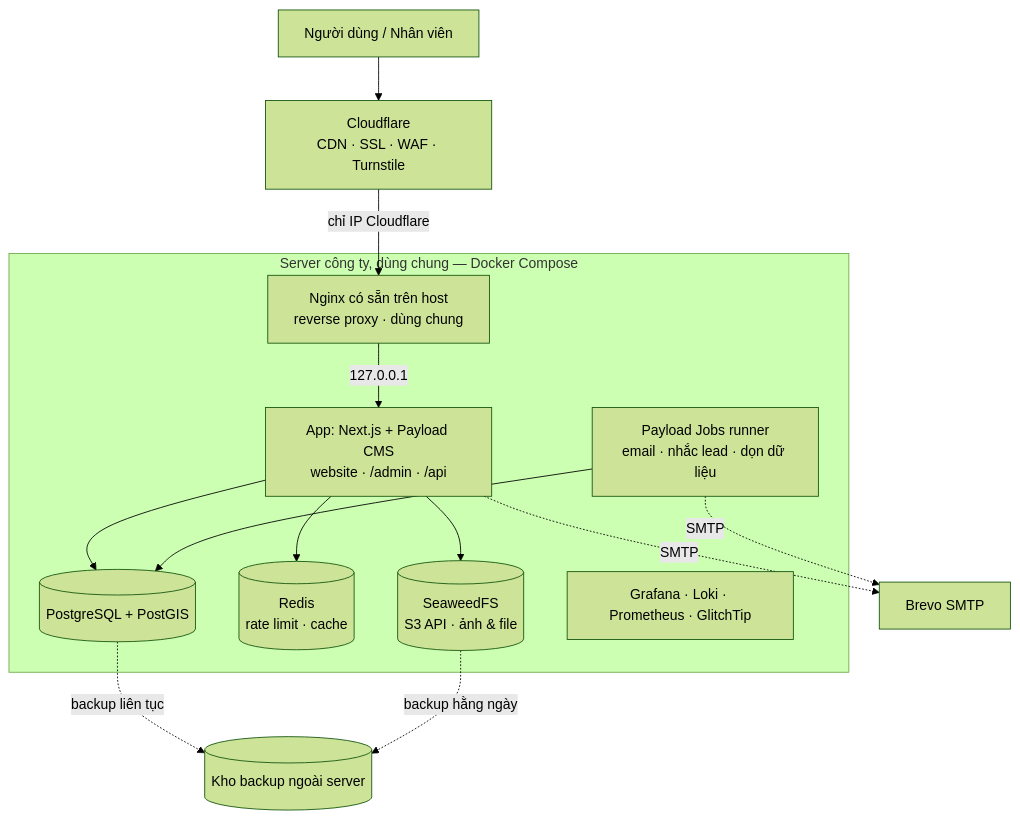
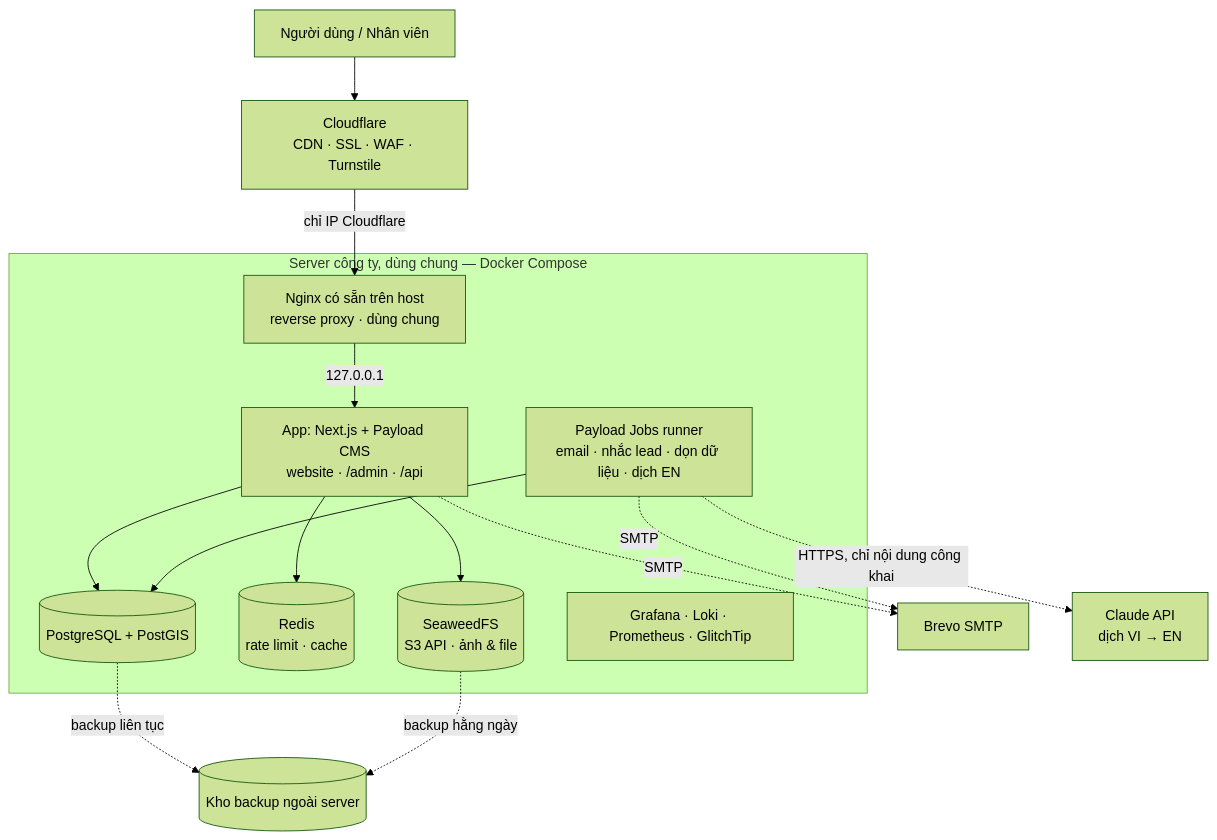
One commit to DatDangg/bds-tami changed the first of 3 diagrams in docs/ARCHITECTURE.md. Above: the diagram before and after it, drawn with Mermaid (forest theme). The commit also changed other lines of this file and 9 other files, not shown here.

First line of the commit message:
docs(bds): AI (Claude API) tự dịch bản tiếng Anh

````diff
--- a/docs/ARCHITECTURE.md
+++ b/docs/ARCHITECTURE.md
@@ -20,19 +20,20 @@
 ```mermaid
 flowchart TB
   U[Người dùng / Nhân viên] --> CF[Cloudflare<br/>CDN · SSL · WAF · Turnstile]
   CF -->|chỉ IP Cloudflare| NGX[Nginx có sẵn trên host<br/>reverse proxy · dùng chung]
 
   subgraph SERVER[Server công ty, dùng chung — Docker Compose]
     NGX -->|127.0.0.1| APP[App: Next.js + Payload CMS<br/>website · /admin · /api]
     APP --> PG[(PostgreSQL + PostGIS)]
     APP --> RD[(Redis<br/>rate limit · cache)]
     APP --> S3[(SeaweedFS<br/>S3 API · ảnh & file)]
-    JOB[Payload Jobs runner<br/>email · nhắc lead · dọn dữ liệu] --> PG
+    JOB[Payload Jobs runner<br/>email · nhắc lead · dọn dữ liệu · dịch EN] --> PG
     MON[Grafana · Loki · Prometheus · GlitchTip]
   end
 
   APP -. SMTP .-> MAIL[Brevo SMTP]
   JOB -. SMTP .-> MAIL
+  JOB -. HTTPS, chỉ nội dung công khai .-> AI[Claude API<br/>dịch VI → EN]
   PG -. backup liên tục .-> BK[(Kho backup ngoài server)]
   S3 -. backup hằng ngày .-> BK
 ```
````
